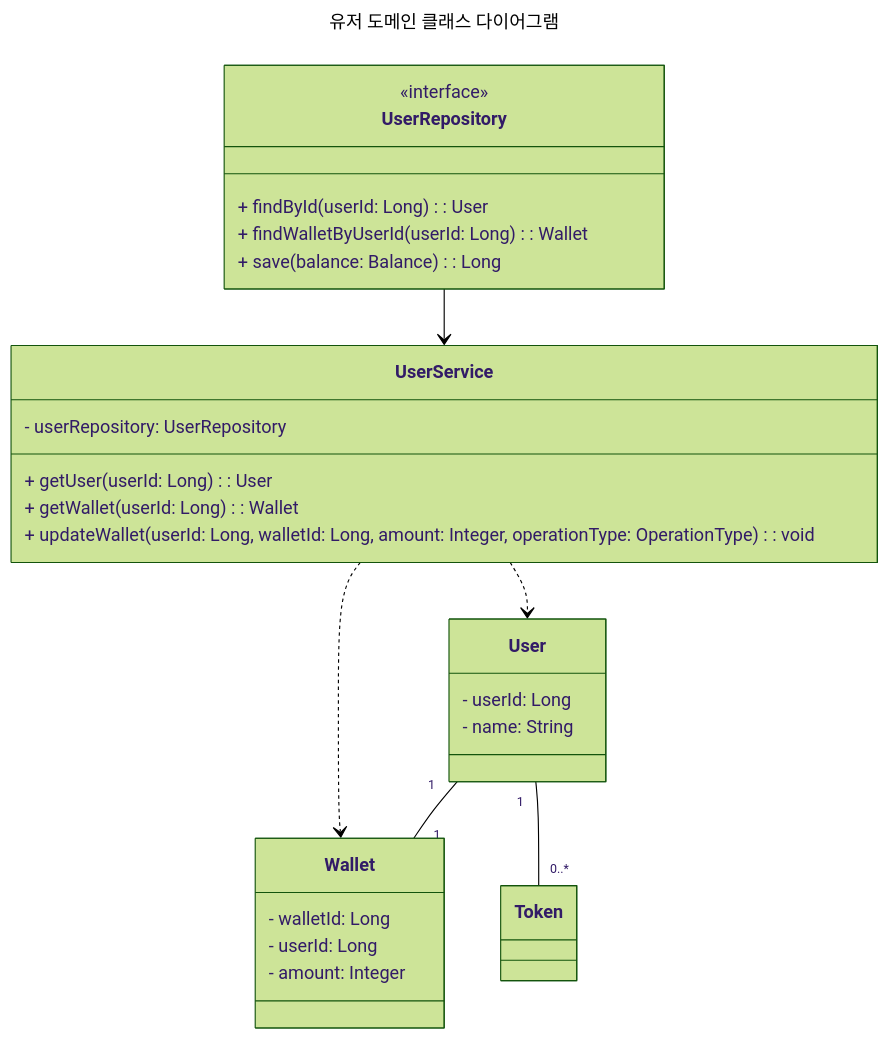
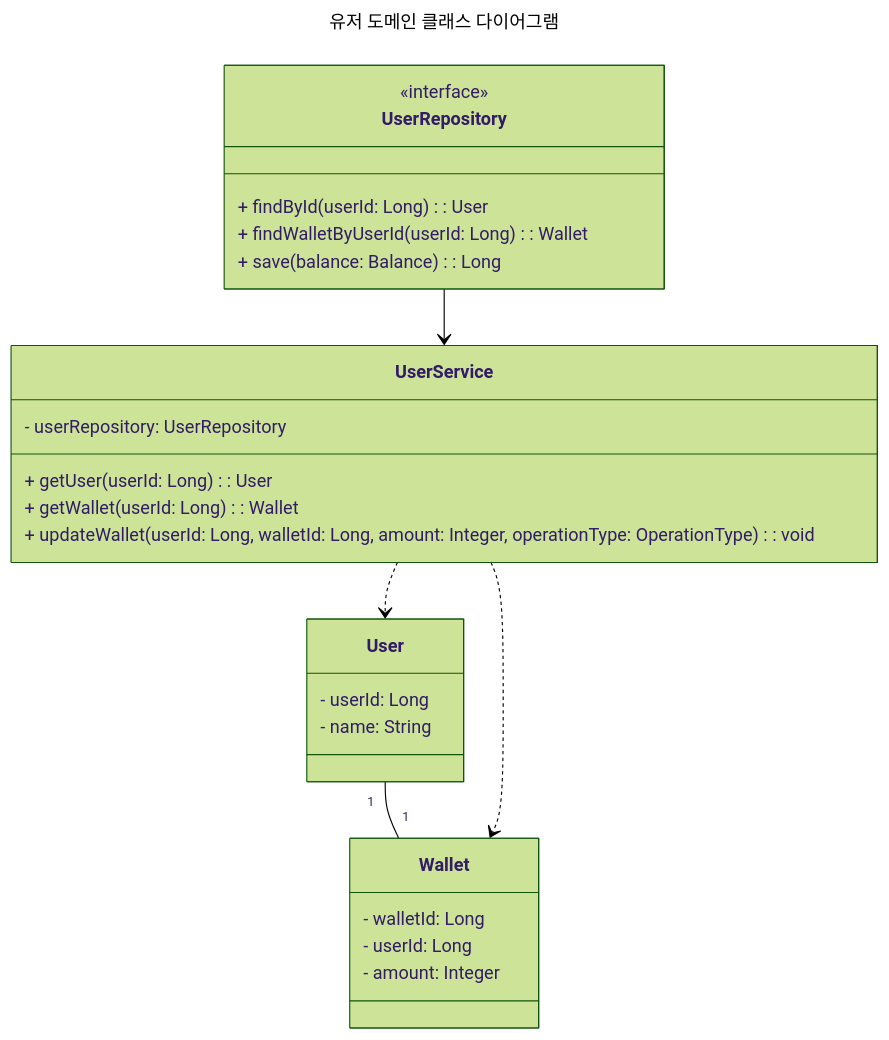
Before and after one commit to hhpb-code/hhplus-concert: the second of 4 diagrams in docs/CLASS_DIAGRAM.md, drawn with Mermaid (forest theme). The commit also changed other lines of this file and 16 other files, not shown here.

````diff
--- a/docs/CLASS_DIAGRAM.md
+++ b/docs/CLASS_DIAGRAM.md
@@ -48,37 +48,36 @@
 ```mermaid
 ---
 title: "유저 도메인 클래스 다이어그램"
 ---
 
 classDiagram
     class User {
         - userId: Long
         - name: String
     }
 
     class Wallet {
         - walletId: Long
         - userId: Long
         - amount: Integer
     }
 
     class UserService {
         - userRepository: UserRepository
         + getUser(userId: Long): User
         + getWallet(userId: Long): Wallet
         + updateWallet(userId: Long, walletId: Long, amount: Integer, operationType: OperationType): void
     }
 
     class UserRepository {
         <<interface>>
         + findById(userId: Long): User
         + findWalletByUserId(userId: Long): Wallet
         + save(balance: Balance): Long
     }
 
     User "1" -- "1" Wallet
-    User "1" -- "0..*" Token
     UserService ..> User
     UserService ..> Wallet
     UserRepository --> UserService
 ```
````
